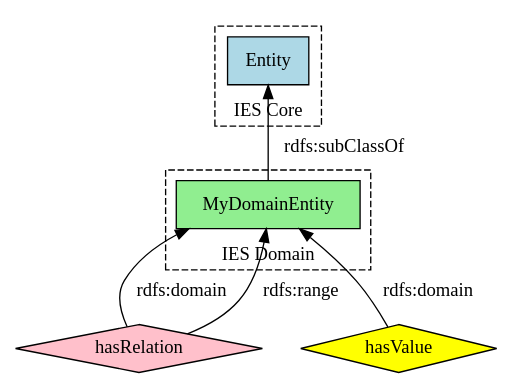
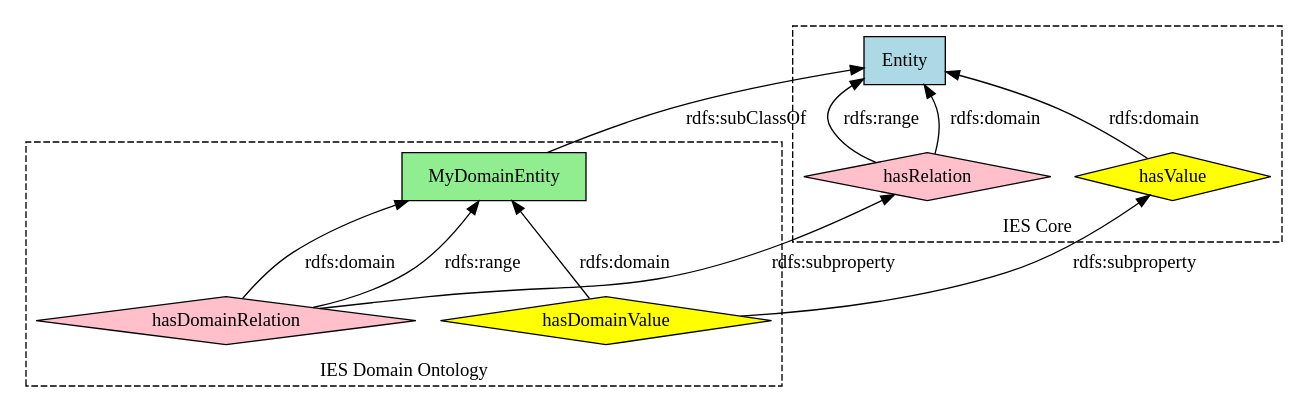
One commit to Acme-Ontologies/ies-ontology-template changed the diagram in docs/diagrams/ontology-overview.dot. Above: the diagram before and after it, drawn with Graphviz. The commit also changed 4 other files, not shown here.

```diff
--- a/docs/diagrams/ontology-overview.dot
+++ b/docs/diagrams/ontology-overview.dot
@@ -1,30 +1,40 @@
 digraph ontology {
    rankdir=BT;
    node [shape=box, style=filled, fillcolor=lightgray];
 
    // Core namespaces
    subgraph cluster_core {
        label="IES Core";
        style=dashed;
        Entity [fillcolor=lightblue];
+
+       // Properties
+       hasRelation [shape=diamond, fillcolor=pink];
+       hasValue [shape=diamond, fillcolor=yellow];
    }
 
    // Domain namespaces
    subgraph cluster_domain {
-       label="IES Domain";
+       label="IES Domain Ontology";
        style=dashed;
        MyDomainEntity [fillcolor=lightgreen];
+
+       // Properties
+       hasDomainRelation [shape=diamond, fillcolor=pink];
+       hasDomainValue [shape=diamond, fillcolor=yellow];
+
    }
 
    // Class hierarchies
    MyDomainEntity -> Entity [label="rdfs:subClassOf"];
 
-   // Properties
-   hasRelation [shape=diamond, fillcolor=pink];
-   hasValue [shape=diamond, fillcolor=yellow];
-
    // Property connections
-   hasRelation -> MyDomainEntity [label="rdfs:domain"];
-   hasRelation -> MyDomainEntity [label="rdfs:range"];
-   hasValue -> MyDomainEntity [label="rdfs:domain"];
+   hasRelation -> Entity [label="rdfs:domain"];
+   hasRelation -> Entity [label="rdfs:range"];
+   hasValue -> Entity [label="rdfs:domain"];
+   hasDomainRelation -> MyDomainEntity [label="rdfs:domain"];
+   hasDomainRelation -> MyDomainEntity [label="rdfs:range"];
+   hasDomainRelation -> hasRelation [label="rdfs:subproperty"];
+   hasDomainValue -> MyDomainEntity [label="rdfs:domain"];
+   hasDomainValue -> hasValue [label="rdfs:subproperty"];
 }
```
